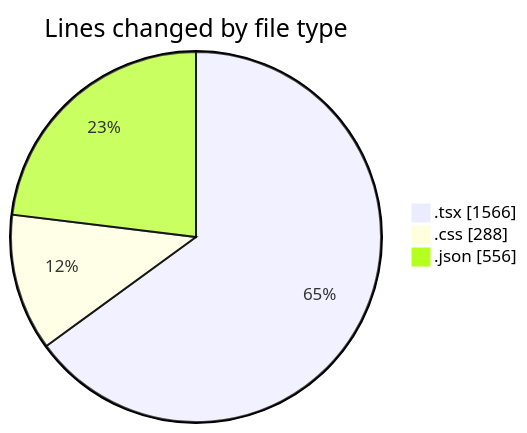
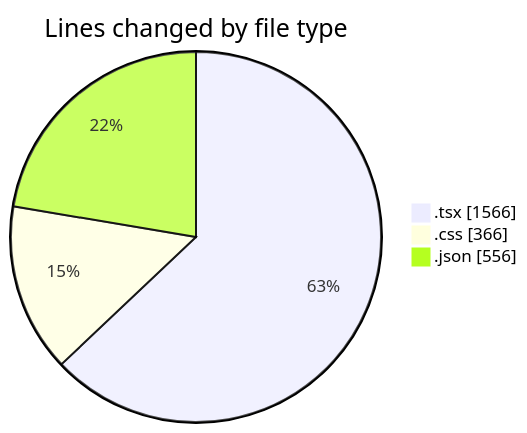
The first of 2 diagrams in 2025-08-04/tw-server/README.md (EIIisD/code-tracking), drawn with Mermaid before and after one commit. The commit also changed other lines of this file and 1 other file, not shown here.

````diff
--- a/2025-08-04/tw-server/README.md
+++ b/2025-08-04/tw-server/README.md
@@ -28,7 +28,7 @@
 ```mermaid
 pie showData
 title Lines changed by file type
 ".tsx" : 1566
-".css" : 288
+".css" : 366
 ".json" : 556
 ```
````
